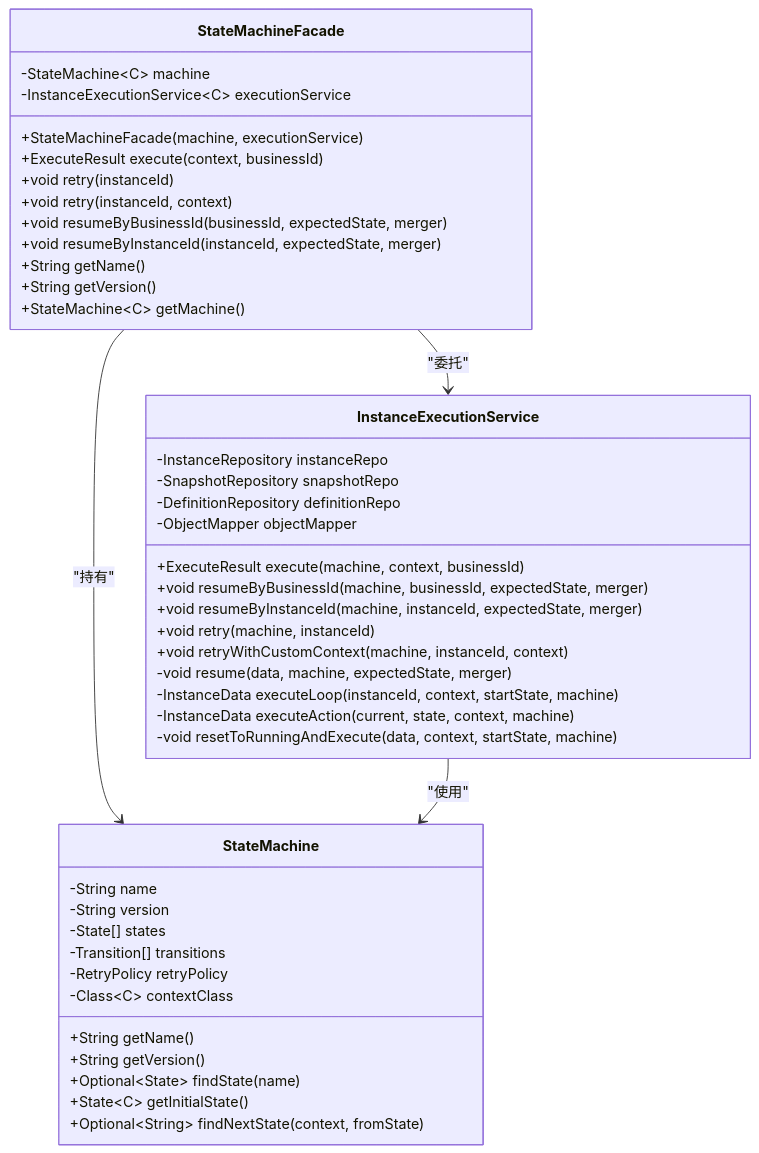
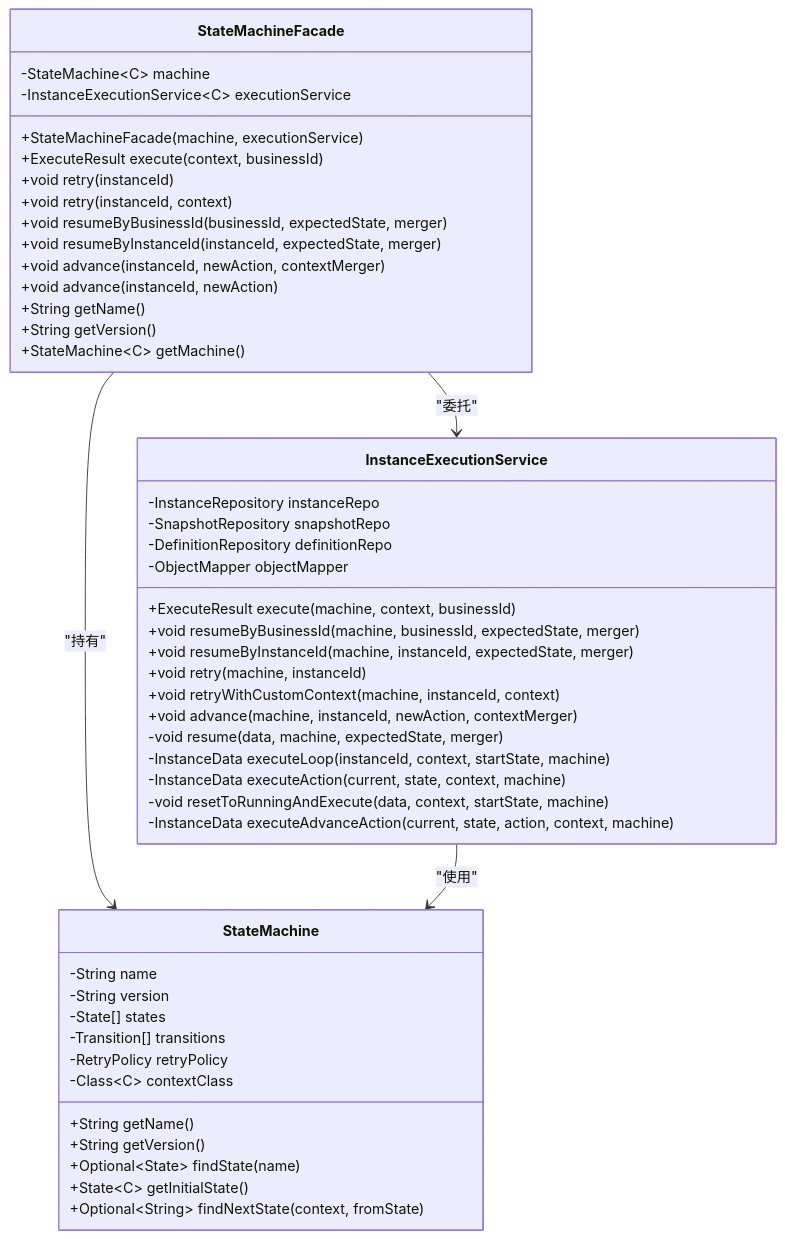
The third of 7 diagrams in .qoder/repowiki/zh/content/执行引擎/状态机门面接口.md (xiaoche80s-tech/state-machine-parent), drawn with Mermaid before and after one commit. The commit also changed other lines of this file and 7 other files, not shown here.

````diff
--- a/.qoder/repowiki/zh/content/执行引擎/状态机门面接口.md
+++ b/.qoder/repowiki/zh/content/执行引擎/状态机门面接口.md
@@ -142,47 +146,51 @@
 ```mermaid
 classDiagram
 class StateMachineFacade {
 -StateMachine~C~ machine
 -InstanceExecutionService~C~ executionService
 +StateMachineFacade(machine, executionService)
 +ExecuteResult execute(context, businessId)
 +void retry(instanceId)
 +void retry(instanceId, context)
 +void resumeByBusinessId(businessId, expectedState, merger)
 +void resumeByInstanceId(instanceId, expectedState, merger)
++void advance(instanceId, newAction, contextMerger)
++void advance(instanceId, newAction)
 +String getName()
 +String getVersion()
 +StateMachine~C~ getMachine()
 }
 class InstanceExecutionService {
 -InstanceRepository instanceRepo
 -SnapshotRepository snapshotRepo
 -DefinitionRepository definitionRepo
 -ObjectMapper objectMapper
 +ExecuteResult execute(machine, context, businessId)
 +void resumeByBusinessId(machine, businessId, expectedState, merger)
 +void resumeByInstanceId(machine, instanceId, expectedState, merger)
 +void retry(machine, instanceId)
 +void retryWithCustomContext(machine, instanceId, context)
++void advance(machine, instanceId, newAction, contextMerger)
 -void resume(data, machine, expectedState, merger)
 -InstanceData executeLoop(instanceId, context, startState, machine)
 -InstanceData executeAction(current, state, context, machine)
 -void resetToRunningAndExecute(data, context, startState, machine)
+-InstanceData executeAdvanceAction(current, state, action, context, machine)
 }
 class StateMachine {
 -String name
 -String version
 -State[] states
 -Transition[] transitions
 -RetryPolicy retryPolicy
 -Class~C~ contextClass
 +String getName()
 +String getVersion()
 +Optional~State~ findState(name)
 +State~C~ getInitialState()
 +Optional~String~ findNextState(context, fromState)
 }
 StateMachineFacade --> InstanceExecutionService : "委托"
 StateMachineFacade --> StateMachine : "持有"
 InstanceExecutionService --> StateMachine : "使用"
 ```
````
